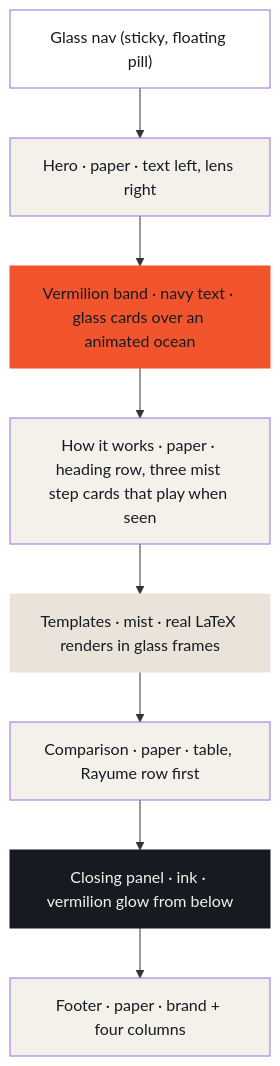
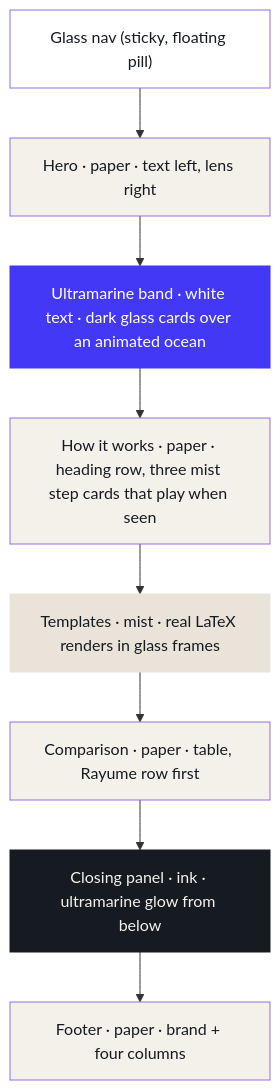
Before and after one commit to PUCTech/rayume: the second of 8 diagrams in docs/design/README.md, drawn with Mermaid. The commit also changed other lines of this file and 13 other files, not shown here.

````diff
--- a/docs/design/README.md
+++ b/docs/design/README.md
@@ -114,21 +119,21 @@
 ```mermaid
 flowchart TB
   nav["Glass nav (sticky, floating pill)"]
   hero["Hero · paper · text left, lens right"]
-  band["Vermilion band · navy text · glass cards over an animated ocean"]
+  band["Ultramarine band · white text · dark glass cards over an animated ocean"]
   how["How it works · paper · heading row, three mist step cards that play when seen"]
   tpl["Templates · mist · real LaTeX renders in glass frames"]
   why["Comparison · paper · table, Rayume row first"]
-  cta["Closing panel · ink · vermilion glow from below"]
+  cta["Closing panel · ink · ultramarine glow from below"]
   foot["Footer · paper · brand + four columns"]
   nav --> hero --> band --> how --> tpl --> why --> cta --> foot
 
-  style band fill:#F2542D,color:#161B22,stroke:#F2542D
+  style band fill:#4338F5,color:#FFFFFF,stroke:#4338F5
   style tpl fill:#E9E3D9,color:#161B22,stroke:#E9E3D9
   style cta fill:#161B22,color:#F4F0EA,stroke:#161B22
   style hero fill:#F4F0EA,color:#161B22
   style how fill:#F4F0EA,color:#161B22
   style why fill:#F4F0EA,color:#161B22
   style foot fill:#F4F0EA,color:#161B22
   style nav fill:#FFFFFF,color:#161B22
 ```
````
